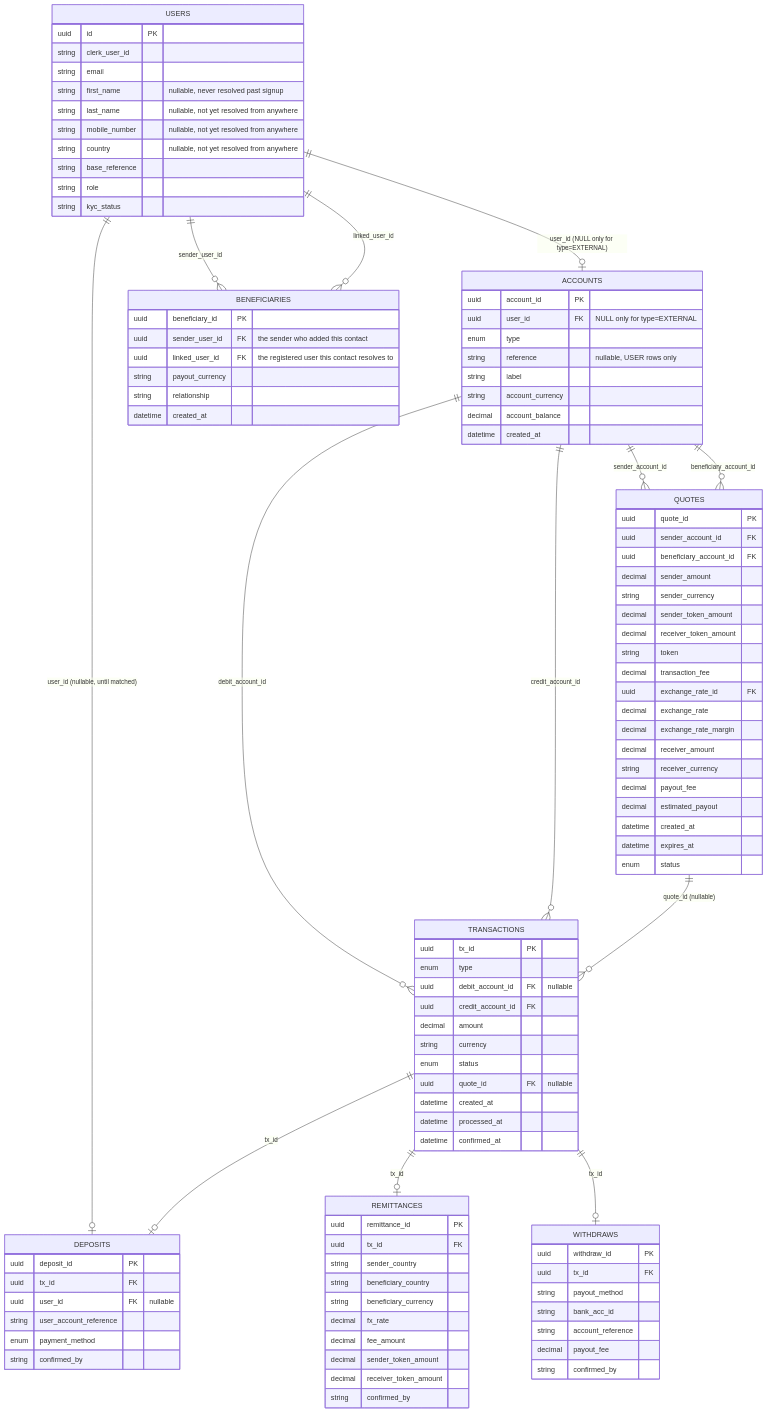
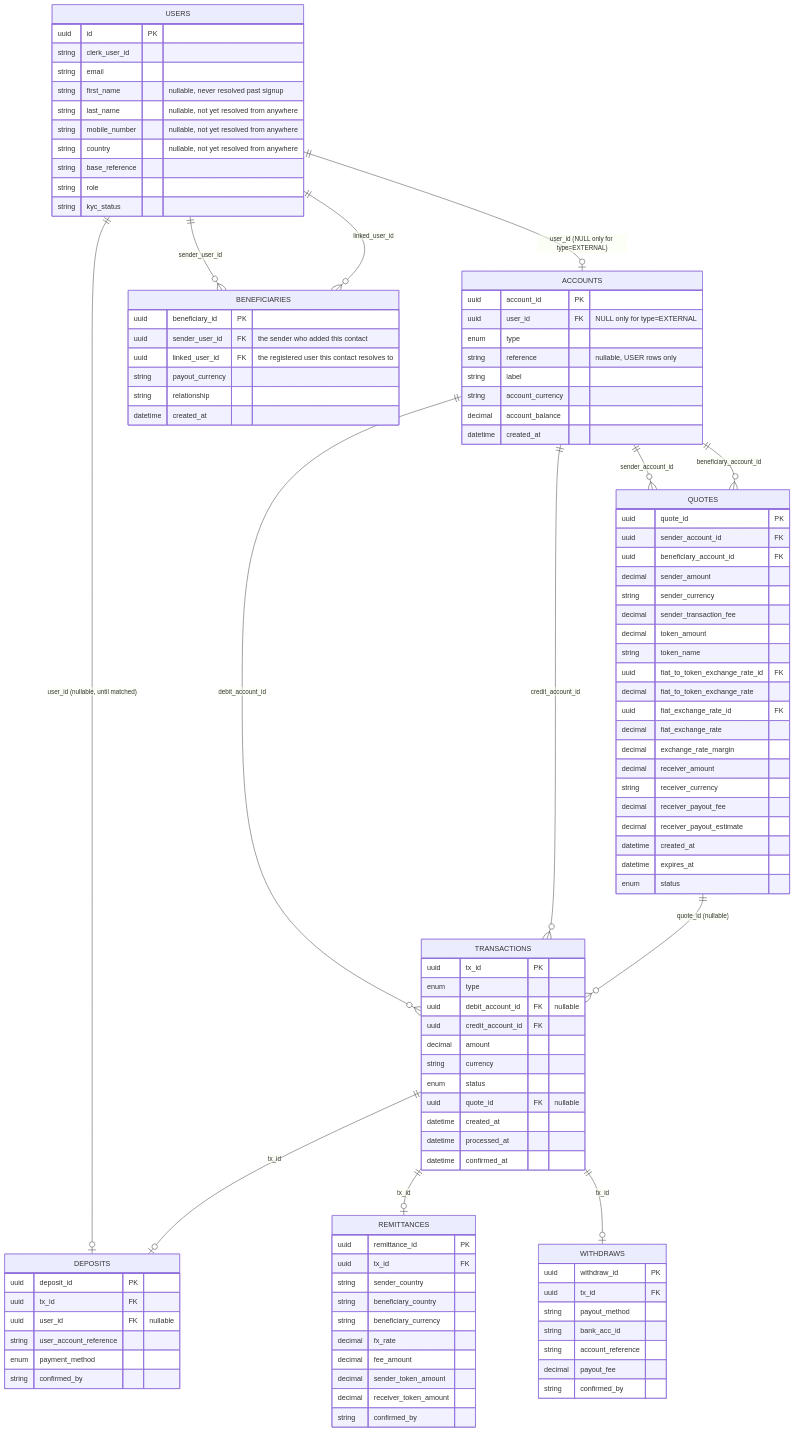
Before and after one commit to Katlego-Sekoele/RemitX: the diagram in api/Transaction_Flow_Context.md, drawn with Mermaid. The commit also changed other lines of this file and 16 other files, not shown here.

```diff
--- a/api/Transaction_Flow_Context.md
+++ b/api/Transaction_Flow_Context.md
@@ -245,17 +245,18 @@
         uuid beneficiary_account_id FK
         decimal sender_amount
         string sender_currency
-        decimal sender_token_amount
-        decimal receiver_token_amount
-        string token
-        decimal transaction_fee
-        uuid exchange_rate_id FK
-        decimal exchange_rate
+        decimal sender_transaction_fee
+        decimal token_amount
+        string token_name
+        uuid fiat_to_token_exchange_rate_id FK
+        decimal fiat_to_token_exchange_rate
+        uuid fiat_exchange_rate_id FK
+        decimal fiat_exchange_rate
         decimal exchange_rate_margin
         decimal receiver_amount
         string receiver_currency
-        decimal payout_fee
-        decimal estimated_payout
+        decimal receiver_payout_fee
+        decimal receiver_payout_estimate
         datetime created_at
         datetime expires_at
         enum status
```
